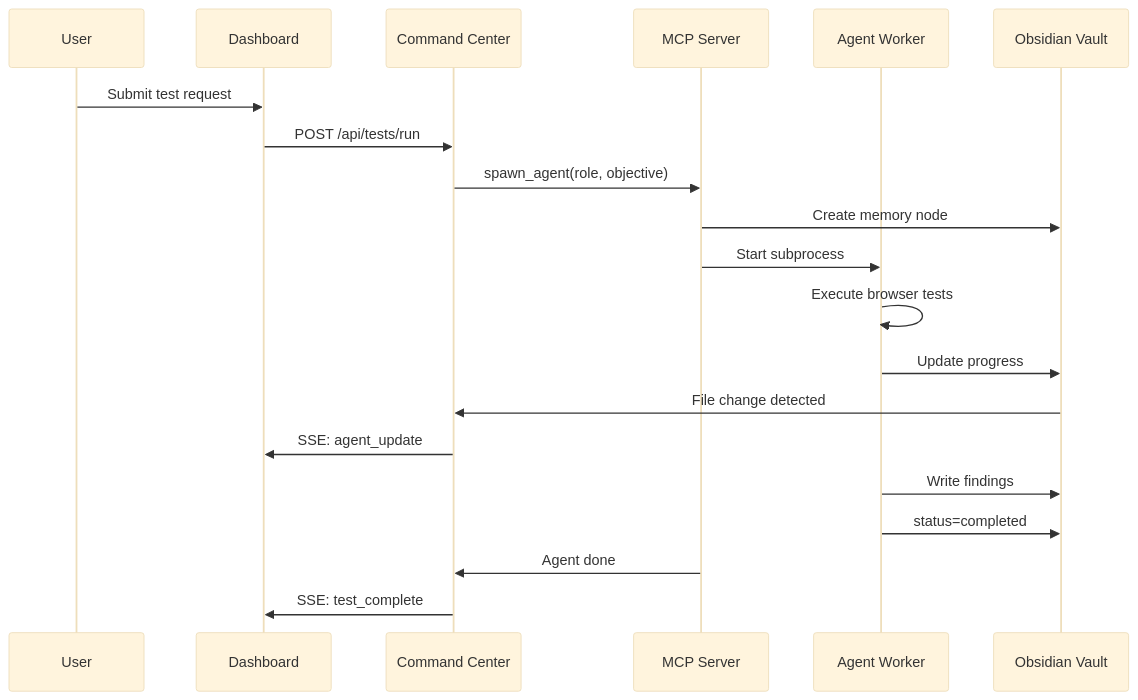
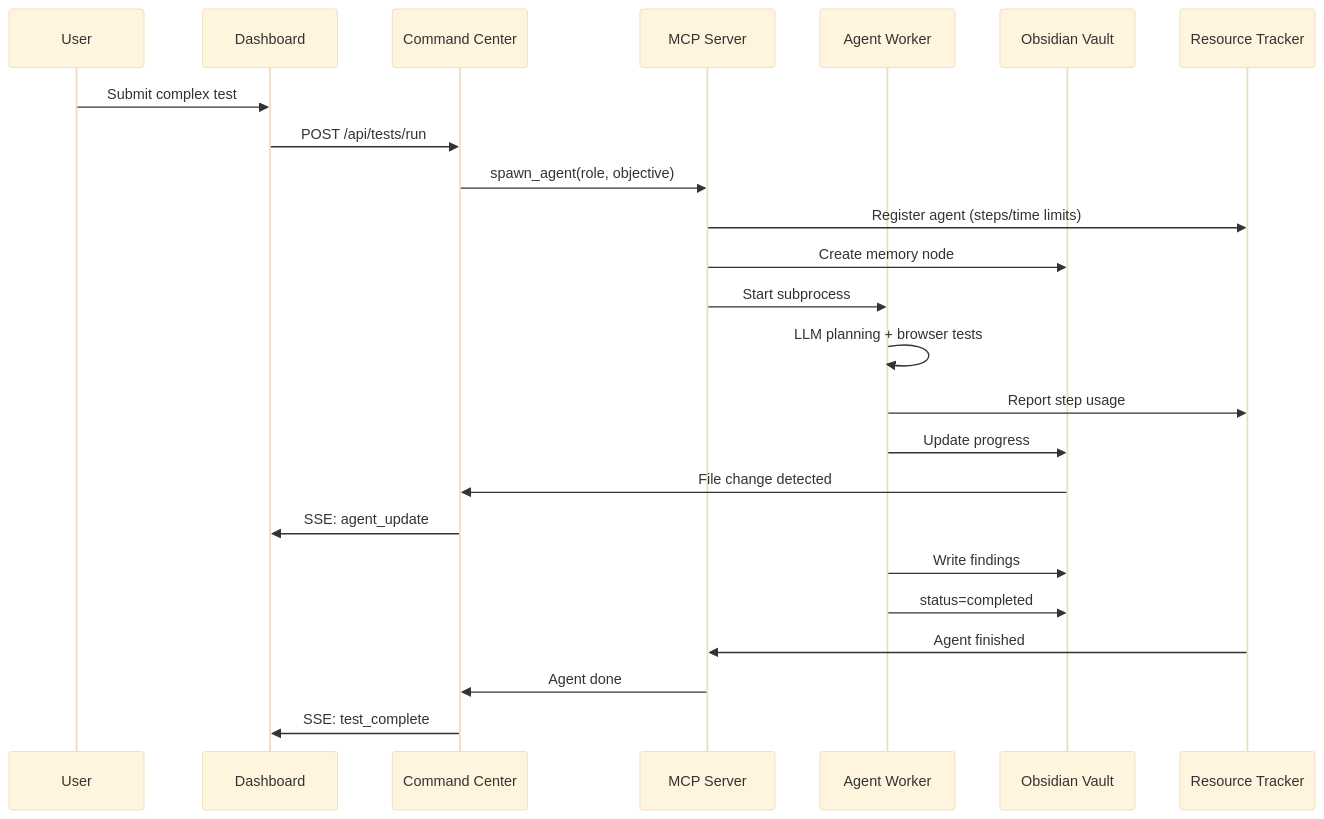
The third of 5 diagrams in docs/architecture/overview.md (Artflarex-Limited/vectra-qa), drawn with Mermaid (base theme) before and after one commit. The commit also changed other lines of this file and 48 other files, not shown here.

````diff
--- a/docs/architecture/overview.md
+++ b/docs/architecture/overview.md
@@ -107,23 +210,27 @@
 ```mermaid
 sequenceDiagram
     participant U as User
     participant D as Dashboard
     participant CC as Command Center
     participant MCP as MCP Server
     participant A as Agent Worker
     participant V as Obsidian Vault
+    participant RT as Resource Tracker
 
-    U->>D: Submit test request
+    U->>D: Submit complex test
     D->>CC: POST /api/tests/run
     CC->>MCP: spawn_agent(role, objective)
+    MCP->>RT: Register agent (steps/time limits)
     MCP->>V: Create memory node
     MCP->>A: Start subprocess
-    A->>A: Execute browser tests
+    A->>A: LLM planning + browser tests
+    A->>RT: Report step usage
     A->>V: Update progress
     V->>CC: File change detected
     CC->>D: SSE: agent_update
     A->>V: Write findings
     A->>V: status=completed
+    RT->>MCP: Agent finished
     MCP->>CC: Agent done
     CC->>D: SSE: test_complete
 ```
````
